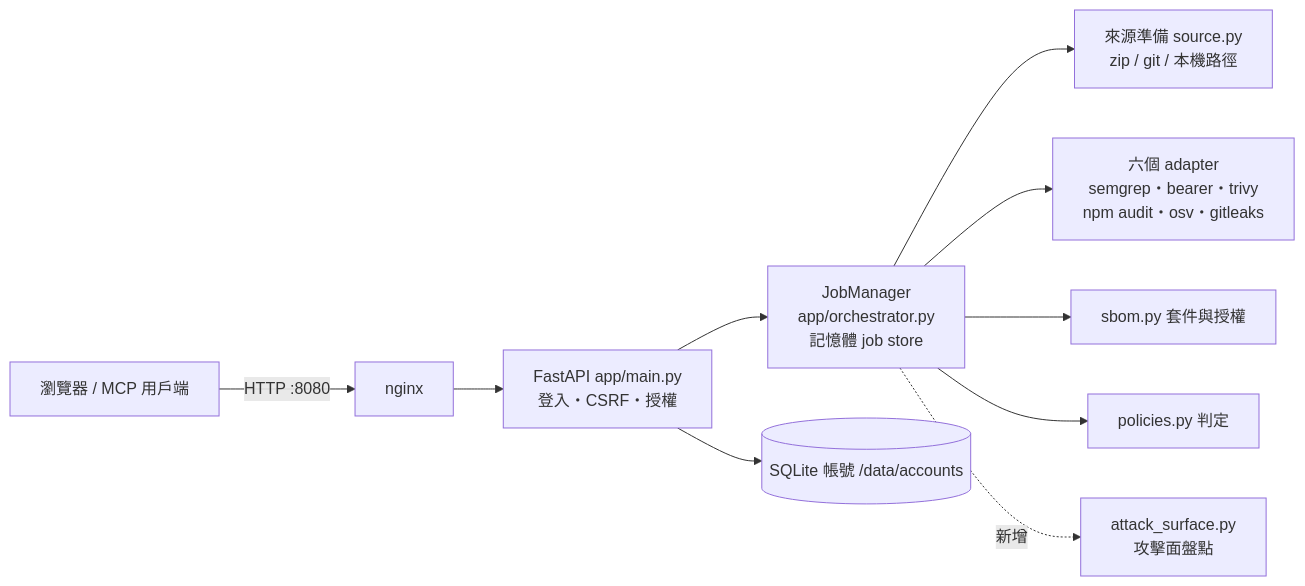
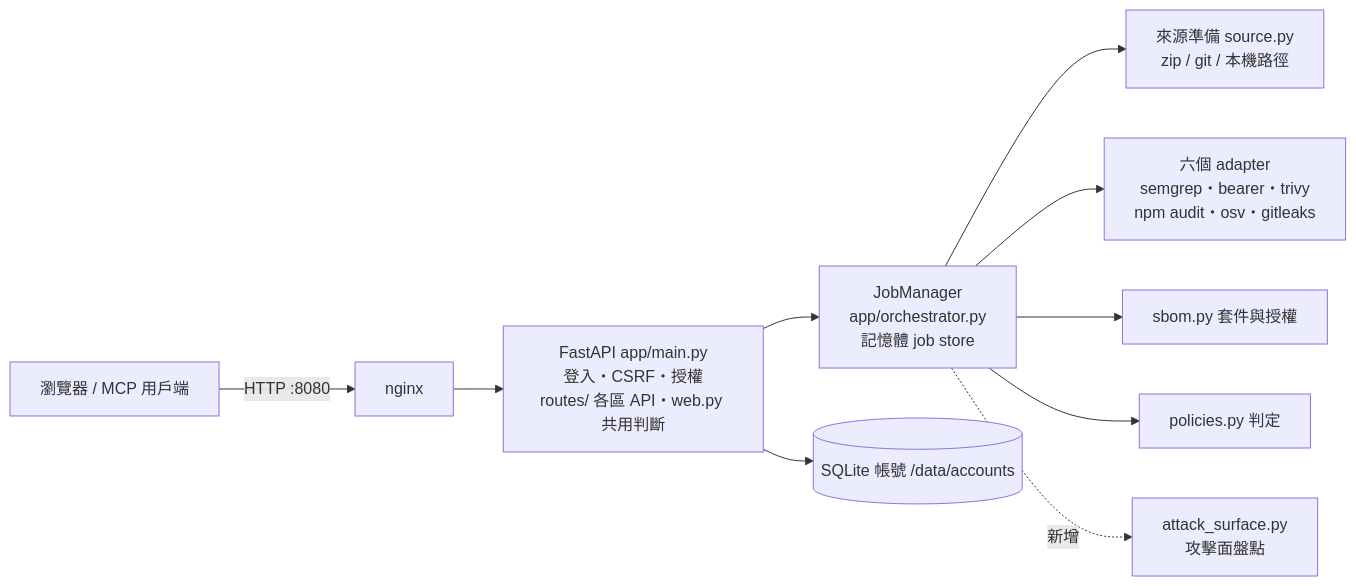
Before and after one commit to zzx789654/sast-: the first of 3 diagrams in 架構.md, drawn with Mermaid. The commit also changed other lines of this file and 42 other files, not shown here.

````diff
--- a/架構.md
+++ b/架構.md
@@ -8,12 +8,12 @@
 ```mermaid
 flowchart LR
   U[瀏覽器 / MCP 用戶端] -->|HTTP :8080| N[nginx]
-  N --> A[FastAPI app/main.py<br/>登入・CSRF・授權]
+  N --> A[FastAPI app/main.py<br/>登入・CSRF・授權<br/>routes/ 各區 API・web.py 共用判斷]
   A --> J[JobManager<br/>app/orchestrator.py<br/>記憶體 job store]
   J --> S[來源準備 source.py<br/>zip / git / 本機路徑]
   J --> T[六個 adapter<br/>semgrep・bearer・trivy<br/>npm audit・osv・gitleaks]
   J --> B[sbom.py 套件與授權]
   J --> P[policies.py 判定]
   J -.新增.-> X[attack_surface.py<br/>攻擊面盤點]
   A --> D[(SQLite 帳號 /data/accounts)]
 ```
````
